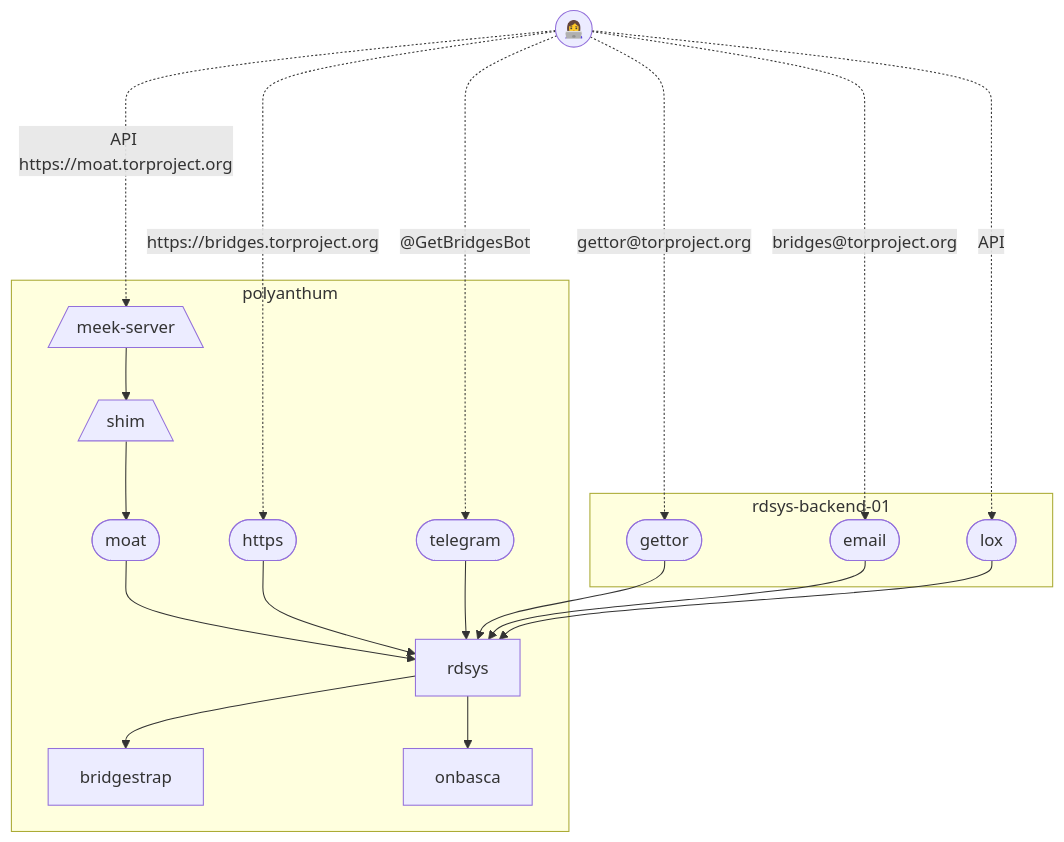
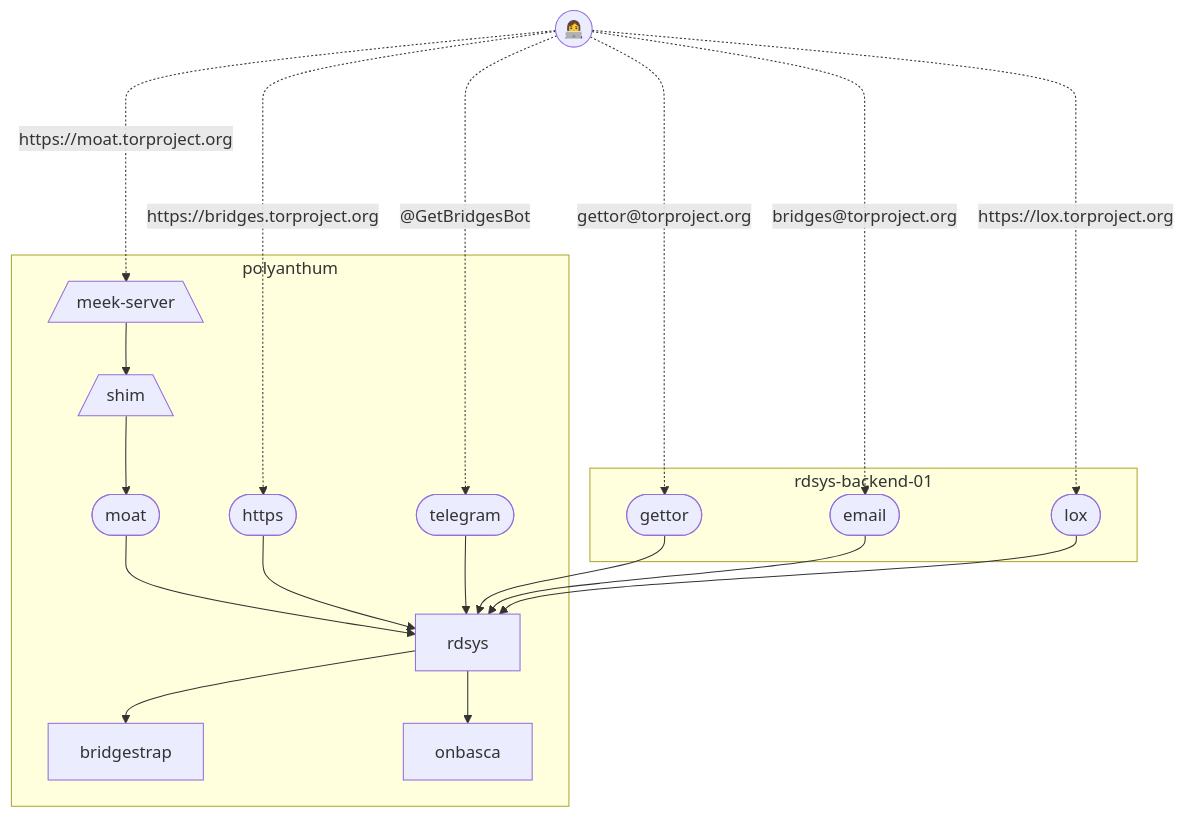
Before and after one commit to mikeperry-tor/acwiki: the diagram in Survival-Guides/Rdsys-Survival-Guide.md, drawn with Mermaid.

Commit message:
Update Rdsys Survival Guide: add lox domain name

````diff
--- a/Survival-Guides/Rdsys-Survival-Guide.md
+++ b/Survival-Guides/Rdsys-Survival-Guide.md
@@ -26,23 +26,23 @@
 ```mermaid
 flowchart TB
-    U((👩‍💻)) -."API https://moat.torproject.org"...-> Y
+    U((👩‍💻)) -."https://moat.torproject.org"...-> Y
     U -."https://bridges.torproject.org".-> H
     U -."@GetBridgesBot".-> T 
     U -."gettor@torproject.org".-> G 
     U -."bridges@torproject.org".-> E
-    U -.API.-> L
+    U -."https://lox.torproject.org".-> L
     subgraph polyanthum
     R[rdsys] --> B[bridgestrap]
     R --> O[onbasca]
     M([moat]) --> R
     H([https]) --> R
     T([telegram]) --> R
     S[/shim\] --> M
     Y[/meek-server\] --> S
     end
     subgraph rdsys-backend-01
     G([gettor]) --> R
     E([email]) --> R
     L([lox]) --> R
     end
 ```
````
